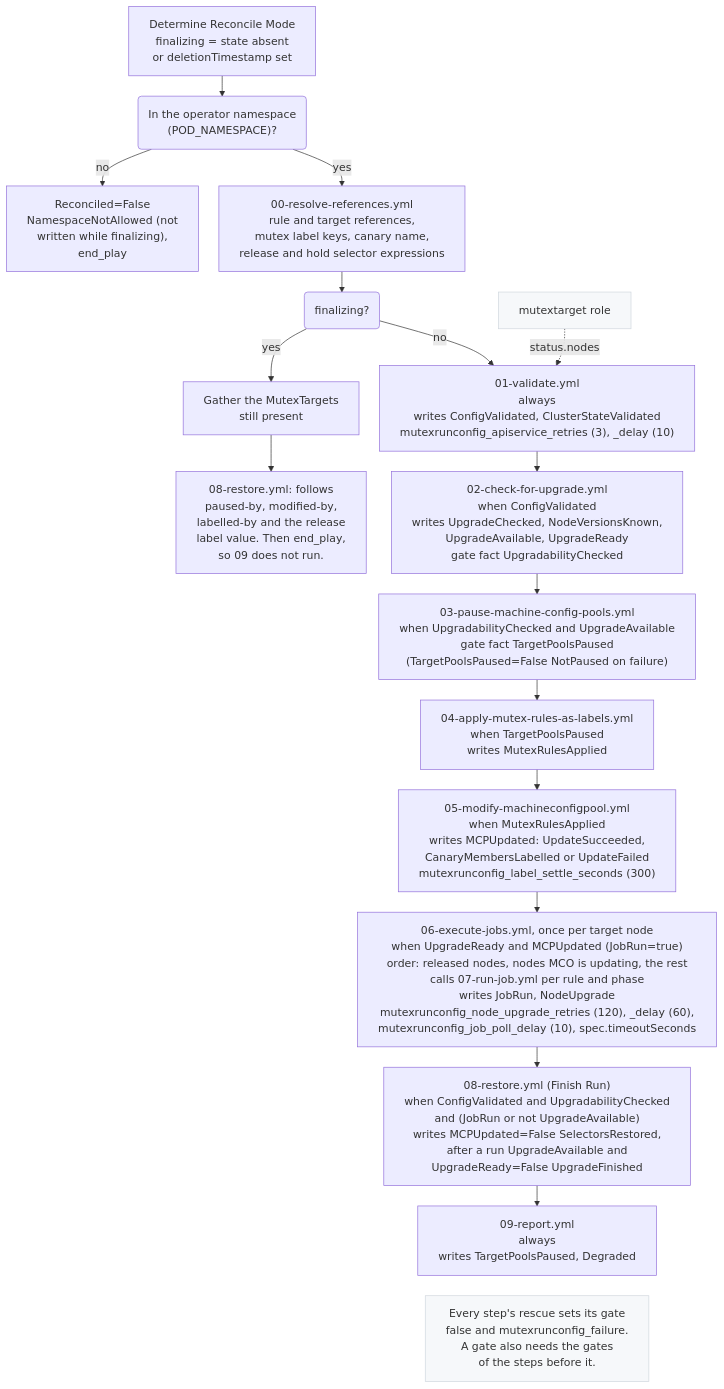
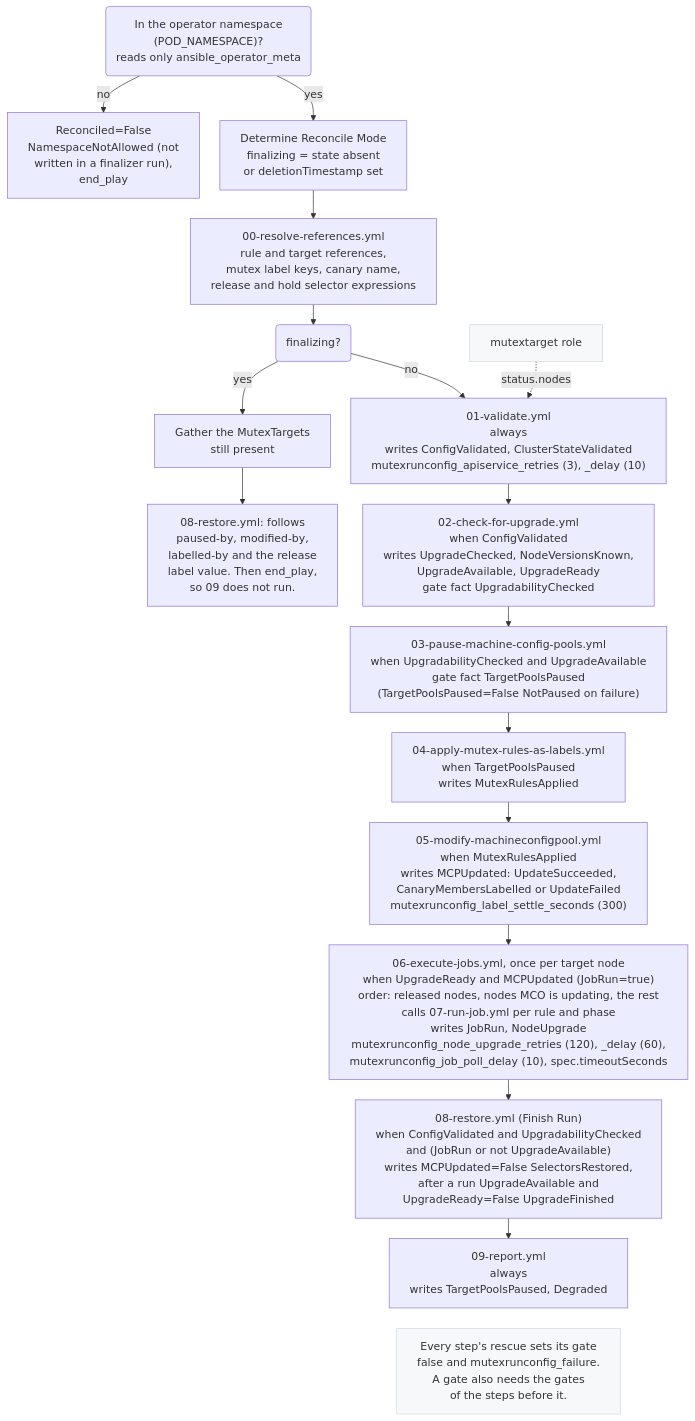
The diagram in docs/diagrams/reconcile-pipeline.mmd (shpwrck/openshift-node-upgrade-mutex-operator), drawn with Mermaid before and after one commit. The commit also changed 9 other files, not shown here.

```diff
--- a/docs/diagrams/reconcile-pipeline.mmd
+++ b/docs/diagrams/reconcile-pipeline.mmd
@@ -1,40 +1,39 @@
 ---
 config:
   themeCSS: ".edgeLabel rect { opacity: 1 !important; fill: #ffffff !important; }"
   flowchart:
     wrappingWidth: 500
     nodeSpacing: 30
     rankSpacing: 30
 ---
 flowchart TD
   accTitle: The mutexrunconfig role's reconcile pipeline
   accDescr: The mutexrunconfig role's reconcile pipeline: task files in order, the gate that decides whether each runs, and the conditions each writes.
 
+  ns("In the operator namespace<br/>(POD_NAMESPACE)?<br/>reads only ansible_operator_meta")
+  out["Reconciled=False<br/>NamespaceNotAllowed (not<br/>written in a finalizer run),<br/>end_play"]
   mode["Determine Reconcile Mode<br/>finalizing = state absent<br/>or deletionTimestamp set"]
-  ns("In the operator namespace<br/>(POD_NAMESPACE)?")
-  out["Reconciled=False<br/>NamespaceNotAllowed (not<br/>written while finalizing),<br/>end_play"]
   r00["00-resolve-references.yml<br/>rule and target references,<br/>mutex label keys, canary name,<br/>release and hold selector expressions"]
   fin("finalizing?")
   gather["Gather the MutexTargets<br/>still present"]
   restoreF["08-restore.yml: follows<br/>paused-by, modified-by,<br/>labelled-by and the release<br/>label value. Then end_play,<br/>so 09 does not run."]
   v01["01-validate.yml<br/>always<br/>writes ConfigValidated, ClusterStateValidated<br/>mutexrunconfig_apiservice_retries (3), _delay (10)"]
   c02["02-check-for-upgrade.yml<br/>when ConfigValidated<br/>writes UpgradeChecked, NodeVersionsKnown,<br/>UpgradeAvailable, UpgradeReady<br/>gate fact UpgradabilityChecked"]
   p03["03-pause-machine-config-pools.yml<br/>when UpgradabilityChecked and UpgradeAvailable<br/>gate fact TargetPoolsPaused<br/>(TargetPoolsPaused=False NotPaused on failure)"]
   l04["04-apply-mutex-rules-as-labels.yml<br/>when TargetPoolsPaused<br/>writes MutexRulesApplied"]
   m05["05-modify-machineconfigpool.yml<br/>when MutexRulesApplied<br/>writes MCPUpdated: UpdateSucceeded,<br/>CanaryMembersLabelled or UpdateFailed<br/>mutexrunconfig_label_settle_seconds (300)"]
   j06["06-execute-jobs.yml, once per target node<br/>when UpgradeReady and MCPUpdated (JobRun=true)<br/>order: released nodes, nodes MCO is updating, the rest<br/>calls 07-run-job.yml per rule and phase<br/>writes JobRun, NodeUpgrade<br/>mutexrunconfig_node_upgrade_retries (120), _delay (60),<br/>mutexrunconfig_job_poll_delay (10), spec.timeoutSeconds"]
   r08["08-restore.yml (Finish Run)<br/>when ConfigValidated and UpgradabilityChecked<br/>and (JobRun or not UpgradeAvailable)<br/>writes MCPUpdated=False SelectorsRestored,<br/>after a run UpgradeAvailable and<br/>UpgradeReady=False UpgradeFinished"]
   rep09["09-report.yml<br/>always<br/>writes TargetPoolsPaused, Degraded"]
   mt["mutextarget role"]
   rescue["Every step's rescue sets its gate<br/>false and mutexrunconfig_failure.<br/>A gate also needs the gates<br/>of the steps before it."]
 
-  mode --> ns
   ns -- no --> out
-  ns -- yes --> r00 --> fin
+  ns -- yes --> mode --> r00 --> fin
   fin -- yes --> gather --> restoreF
   fin -- no --> v01 --> c02 --> p03 --> l04 --> m05 --> j06 --> r08 --> rep09
   mt -. "status.nodes" .-> v01
   rep09 ~~~ rescue
 
   classDef note fill:#f6f8fa,stroke:#d0d7de
   class rescue,mt note
```
